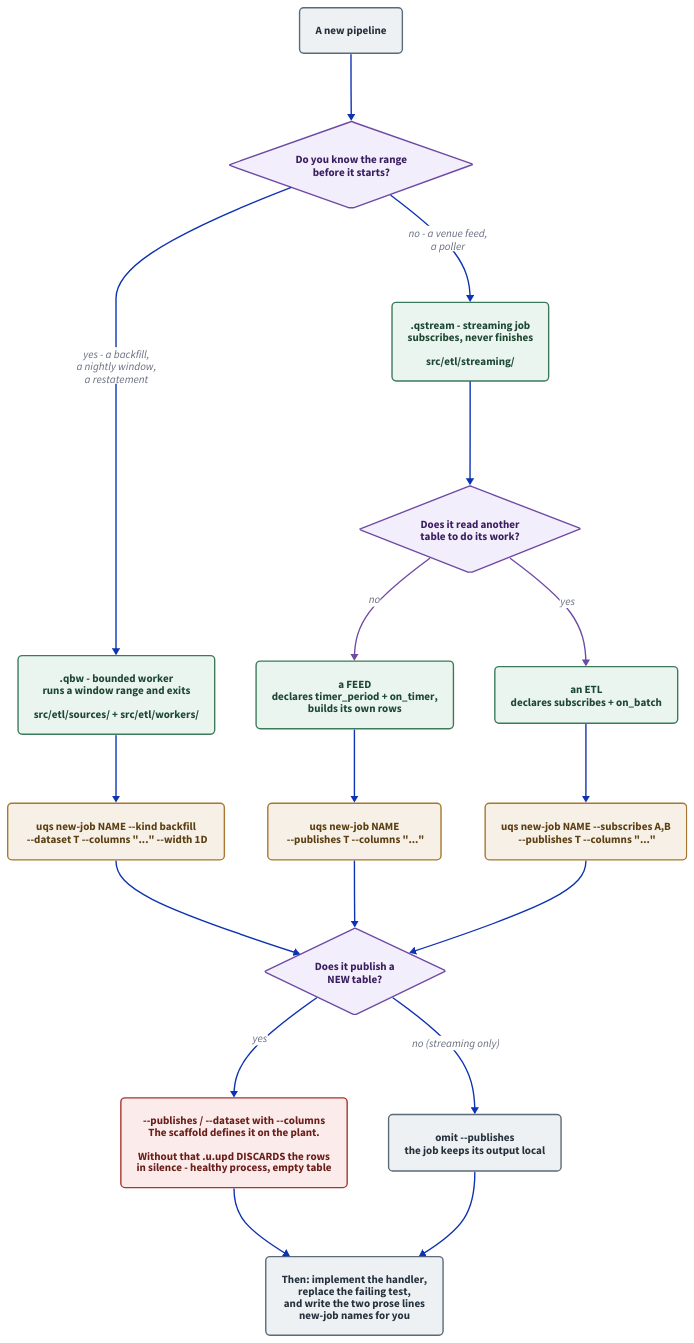
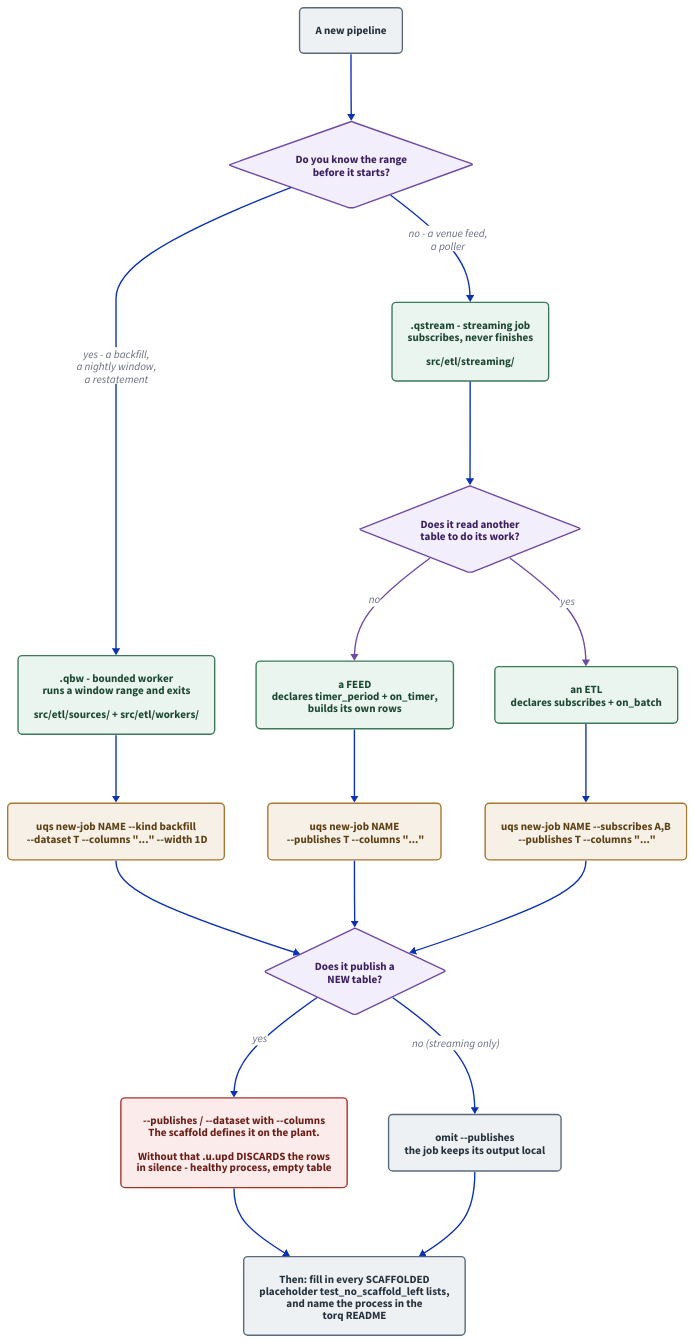
The diagram in docs/diagrams/pipeline-decision.d2 (kwojdalski/uqf), drawn with D2 before and after one commit. The commit also changed 9 other files, not shown here.

```diff
--- a/docs/diagrams/pipeline-decision.d2
+++ b/docs/diagrams/pipeline-decision.d2
@@ -1,117 +1,117 @@
 # pipeline-decision.d2 - which pipeline shape to build, and the command that
 # scaffolds it.
 #
 # Rendered by scripts/generate/render_diagrams.py, which CI runs with
 # --check. Embedded from docs/guides/new-pipeline.md.
 #
 # THE DECISION THIS DRAWS is the first one, and the guide says it is "the only
 # structural mistake here that is expensive to undo": bounded or continuous.
 # Everything after it is a flag on one command. That asymmetry is the point of
 # the drawing - a reader who expects a long decision tree should be able to see
 # in one glance that there are three questions, not thirty, and that only the
 # first one is hard to change later.
 #
 # The kinds are DERIVED, not asked for: a streaming job that subscribes to
 # nothing is a feed, one that subscribes is an etl. scaffold/jobs.py comments
 # that there is no third answer the caller could give which the edges do not
 # already imply - so the diagram shows `--subscribes` deciding it rather than a
 # `--kind feed` that does not exist.
 #
 # What is deliberately NOT here: the transform, the check, the io manager and
 # the partition. Those are declarations you write inside the file the scaffold
 # gives you, not choices about which file to make, and putting them on a
 # decision tree would say they are alternatives when they are ingredients.
 
 direction: down
 
 vars: {
   d2-config: {
     pad: 40
   }
 }
 
 classes: {
   question: {
     shape: diamond
     style: {
       fill: "#f3eefb"
       stroke: "#6f4aa5"
       font-color: "#3a1e5f"
     }
   }
   shell: {
     style: {
       fill: "#eaf5ef"
       stroke: "#3d7a5a"
       font-color: "#1d4733"
       border-radius: 6
     }
   }
   command: {
     style: {
       fill: "#f6f0e6"
       stroke: "#a8762f"
       font-color: "#5c3f13"
       border-radius: 6
     }
   }
   outcome: {
     style: {
       fill: "#eef1f4"
       stroke: "#5a6a78"
       font-color: "#25323d"
       border-radius: 6
     }
   }
   warn: {
     style: {
       fill: "#fbeceb"
       stroke: "#a8342c"
       font-color: "#6b1e18"
       border-radius: 6
     }
   }
 }
 
 start: "A new pipeline" { class: outcome }
 
 q1: "Do you know the range\nbefore it starts?" { class: question }
 
 bounded: ".qbw - bounded worker\nruns a window range and exits\n\nsrc/etl/sources/ + src/etl/workers/" { class: shell }
 cont: ".qstream - streaming job\nsubscribes, never finishes\n\nsrc/etl/streaming/" { class: shell }
 
 q2: "Does it read another\ntable to do its work?" { class: question }
 feed: "a FEED\ndeclares timer_period + on_timer,\nbuilds its own rows" { class: shell }
 etl: "an ETL\ndeclares subscribes + on_batch" { class: shell }
 
 cmd_b: "uqs new-job NAME --kind backfill\n  --dataset T --columns \"...\" --width 1D" { class: command }
 cmd_f: "uqs new-job NAME\n  --publishes T --columns \"...\"" { class: command }
 cmd_e: "uqs new-job NAME --subscribes A,B\n  --publishes T --columns \"...\"" { class: command }
 
 q3: "Does it publish a\nNEW table?" { class: question }
 newtable: "--publishes / --dataset with --columns\nThe scaffold defines it on the plant.\n\nWithout that .u.upd DISCARDS the rows\nin silence - healthy process, empty table" { class: warn }
 localonly: "omit --publishes\nthe job keeps its output local" { class: outcome }
 
-done: "Then: implement the handler,\nreplace the failing test,\nand write the two prose lines\nnew-job names for you" { class: outcome }
+done: "Then: fill in every SCAFFOLDED\nplaceholder test_no_scaffold_left lists,\nand name the process in the\ntorq README" { class: outcome }
 
 start -> q1
 q1 -> bounded: "yes - a backfill,\na nightly window,\na restatement"
 q1 -> cont: "no - a venue feed,\na poller"
 
 cont -> q2
 q2 -> feed: "no" { style.stroke: "#6f4aa5" }
 q2 -> etl: "yes" { style.stroke: "#6f4aa5" }
 
 bounded -> cmd_b
 feed -> cmd_f
 etl -> cmd_e
 
 cmd_b -> q3
 cmd_f -> q3
 cmd_e -> q3
 
 q3 -> newtable: "yes"
 q3 -> localonly: "no (streaming only)"
 
 newtable -> done
 localonly -> done
```
